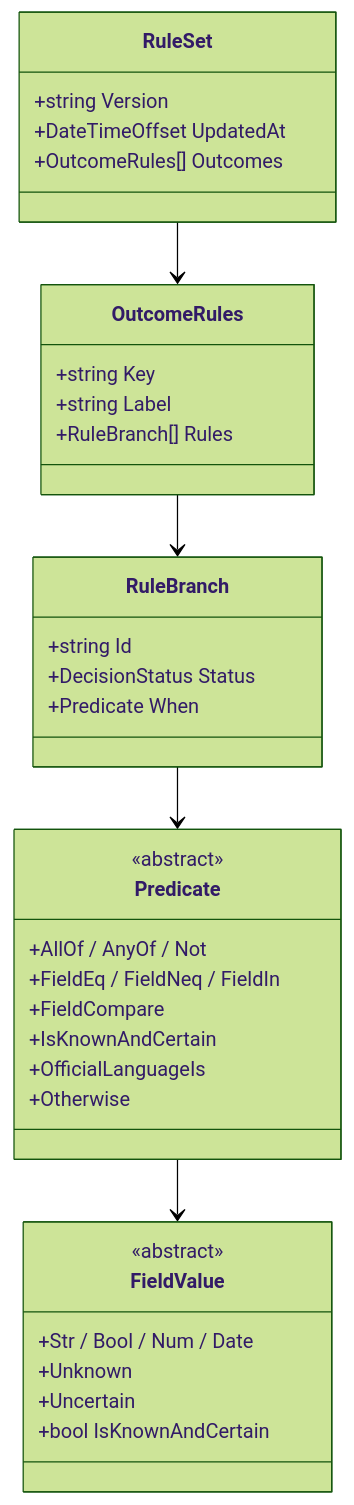
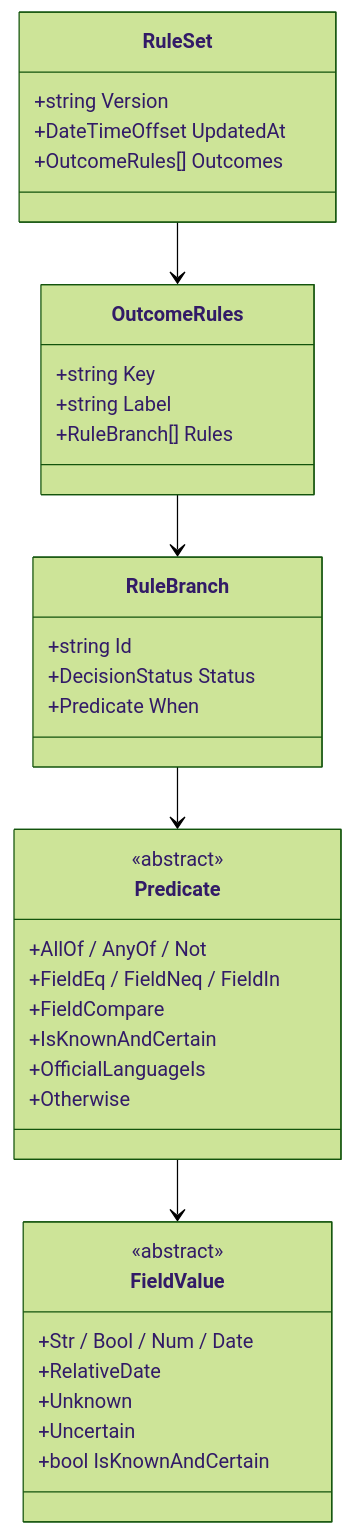
Before and after one commit to DFE-Digital/check-performance-data: the fourth of 5 diagrams in docs/rules-engine.md, drawn with Mermaid (forest theme). The commit also changed other lines of this file and 40 other files, not shown here.

````diff
--- a/docs/rules-engine.md
+++ b/docs/rules-engine.md
@@ -114,38 +114,39 @@
 ```mermaid
 classDiagram
     class RuleSet {
         +string Version
         +DateTimeOffset UpdatedAt
         +OutcomeRules[] Outcomes
     }
     class OutcomeRules {
         +string Key
         +string Label
         +RuleBranch[] Rules
     }
     class RuleBranch {
         +string Id
         +DecisionStatus Status
         +Predicate When
     }
     class Predicate {
         <<abstract>>
         +AllOf / AnyOf / Not
         +FieldEq / FieldNeq / FieldIn
         +FieldCompare
         +IsKnownAndCertain
         +OfficialLanguageIs
         +Otherwise
     }
     class FieldValue {
         <<abstract>>
         +Str / Bool / Num / Date
+        +RelativeDate
         +Unknown
         +Uncertain
         +bool IsKnownAndCertain
     }
     RuleSet --> OutcomeRules
     OutcomeRules --> RuleBranch
     RuleBranch --> Predicate
     Predicate --> FieldValue
 ```
````
